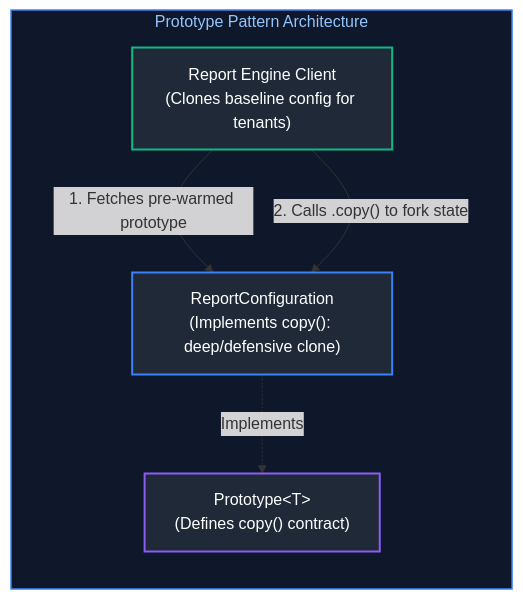
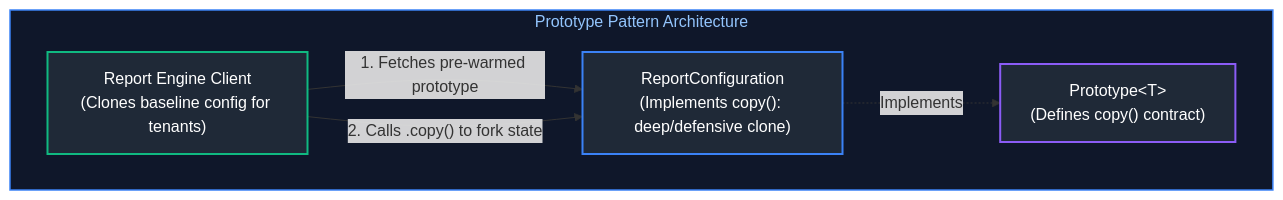
One commit to joydeep-biswas/Interview-Preparation changed the tenth of 22 diagrams in Java Backend Engineering/06_design_patterns_solid_software_architecture.md. Above: the diagram before and after it, drawn with Mermaid. The commit also changed other lines of this file and 76 other files, not shown here.

Commit message:
Updated Charts

````diff
--- a/Java Backend Engineering/06_design_patterns_solid_software_architecture.md
+++ b/Java Backend Engineering/06_design_patterns_solid_software_architecture.md
@@ -693,18 +758,18 @@
 ```mermaid
-flowchart TD
+flowchart LR
     subgraph PrototypeFlow ["Prototype Pattern Architecture"]
-        direction TB
+        direction LR
         ProtoInterface["Prototype&lt;T&gt;<br/>(Defines copy() contract)"]
         ConcreteProto["ReportConfiguration<br/>(Implements copy(): deep/defensive clone)"]
         ClientApp["Report Engine Client<br/>(Clones baseline config for tenants)"]
 
         ConcreteProto -.->|"Implements"| ProtoInterface
         ClientApp -->|"1. Fetches pre-warmed prototype"| ConcreteProto
         ClientApp -->|"2. Calls .copy() to fork state"| ConcreteProto
     end
 
     style PrototypeFlow fill:#0f172a,stroke:#3b82f6,stroke-width:1.5px,color:#93c5fd
     style ProtoInterface fill:#1f2937,stroke:#8b5cf6,stroke-width:2px,color:#fff
     style ConcreteProto fill:#1f2937,stroke:#3b82f6,stroke-width:2px,color:#fff
     style ClientApp fill:#1f2937,stroke:#10b981,stroke-width:2px,color:#fff
 ```
````
